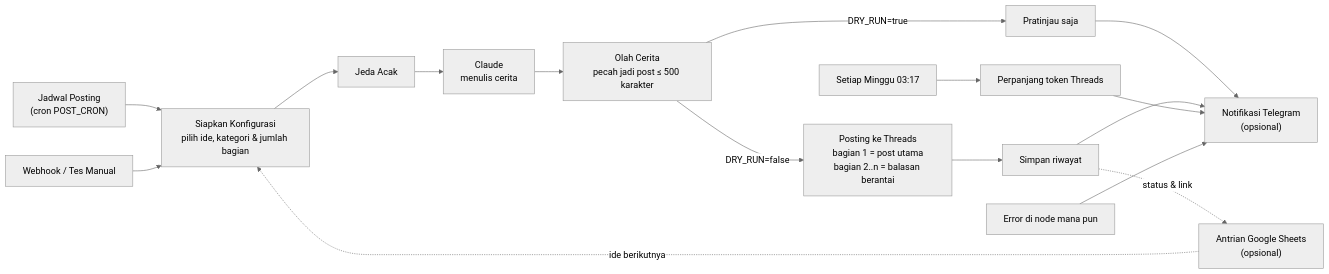
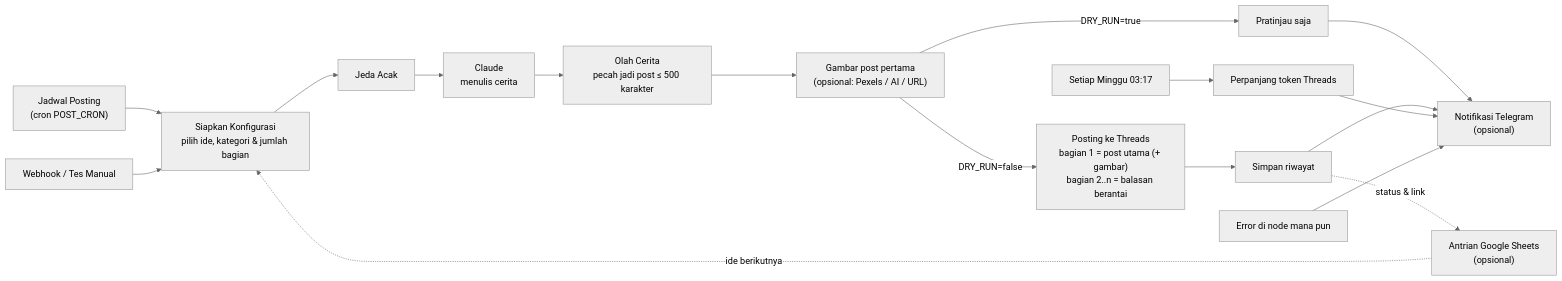
The diagram in README.md (ReygaElkigia/AutoPostThreads), drawn with Mermaid (neutral theme) before and after one commit. The commit also changed other lines of this file and 3 other files, not shown here.

````diff
--- a/README.md
+++ b/README.md
@@ -25,18 +26,19 @@
 ```mermaid
 flowchart LR
   A["Jadwal Posting<br/>(cron POST_CRON)"] --> C
   B["Webhook / Tes Manual"] --> C
   S["Antrian Google Sheets<br/>(opsional)"] -.->|"ide berikutnya"| C
   C["Siapkan Konfigurasi<br/>pilih ide, kategori & jumlah bagian"] --> D["Jeda Acak"]
   D --> E["Claude<br/>menulis cerita"]
   E --> F["Olah Cerita<br/>pecah jadi post ≤ 500 karakter"]
-  F -->|"DRY_RUN=true"| G["Pratinjau saja"]
-  F -->|"DRY_RUN=false"| H["Posting ke Threads<br/>bagian 1 = post utama<br/>bagian 2..n = balasan berantai"]
+  F --> P["Gambar post pertama<br/>(opsional: Pexels / AI / URL)"]
+  P -->|"DRY_RUN=true"| G["Pratinjau saja"]
+  P -->|"DRY_RUN=false"| H["Posting ke Threads<br/>bagian 1 = post utama (+ gambar)<br/>bagian 2..n = balasan berantai"]
   H --> I["Simpan riwayat"]
   I -.->|"status & link"| S
   J["Setiap Minggu 03:17"] --> K["Perpanjang token Threads"]
   G --> T["Notifikasi Telegram<br/>(opsional)"]
   I --> T
   K --> T
   X["Error di node mana pun"] --> T
 ```
````
